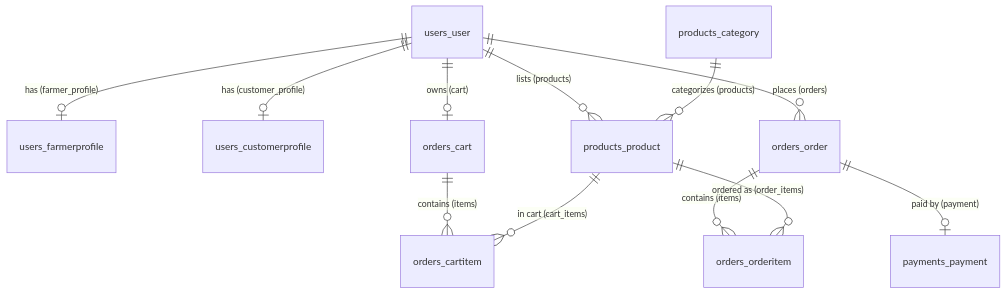
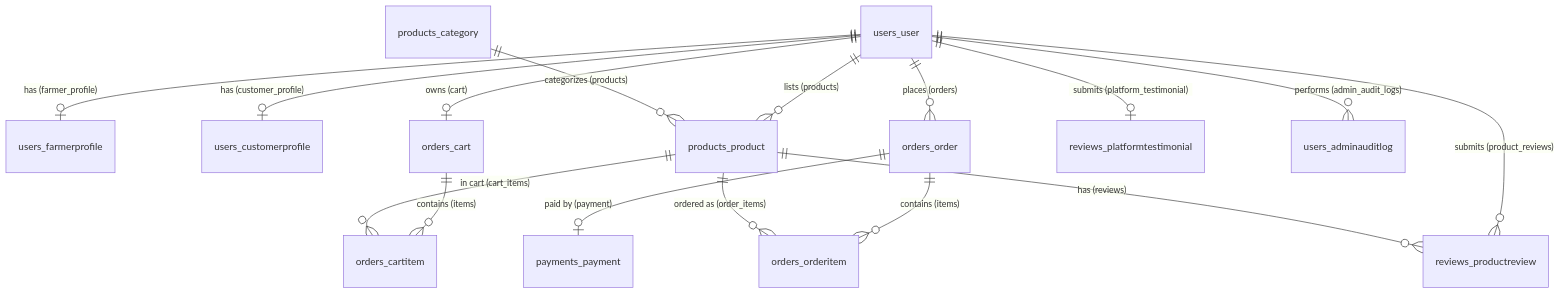
The diagram in docs/04-database/DATABASE_DESIGN.md (finesser1408/Farm-Connect), drawn with Mermaid before and after one commit. The commit also changed other lines of this file and 71 other files, not shown here.

Commit message:
feat(release): integrate reviews, admin management, security hardening, and organizational SMTP

````diff
--- a/docs/04-database/DATABASE_DESIGN.md
+++ b/docs/04-database/DATABASE_DESIGN.md
@@ -7,14 +7,18 @@
 ```mermaid
 erDiagram
     users_user ||--o| users_farmerprofile : "has (farmer_profile)"
     users_user ||--o| users_customerprofile : "has (customer_profile)"
     users_user ||--o{ products_product : "lists (products)"
     users_user ||--o| orders_cart : "owns (cart)"
     users_user ||--o{ orders_order : "places (orders)"
     products_category ||--o{ products_product : "categorizes (products)"
     orders_cart ||--o{ orders_cartitem : "contains (items)"
     products_product ||--o{ orders_cartitem : "in cart (cart_items)"
     orders_order ||--o{ orders_orderitem : "contains (items)"
     products_product ||--o{ orders_orderitem : "ordered as (order_items)"
     orders_order ||--o| payments_payment : "paid by (payment)"
+    users_user ||--o| reviews_platformtestimonial : "submits (platform_testimonial)"
+    users_user ||--o{ reviews_productreview : "submits (product_reviews)"
+    products_product ||--o{ reviews_productreview : "has (reviews)"
+    users_user ||--o{ users_adminauditlog : "performs (admin_audit_logs)"
 ```
````
